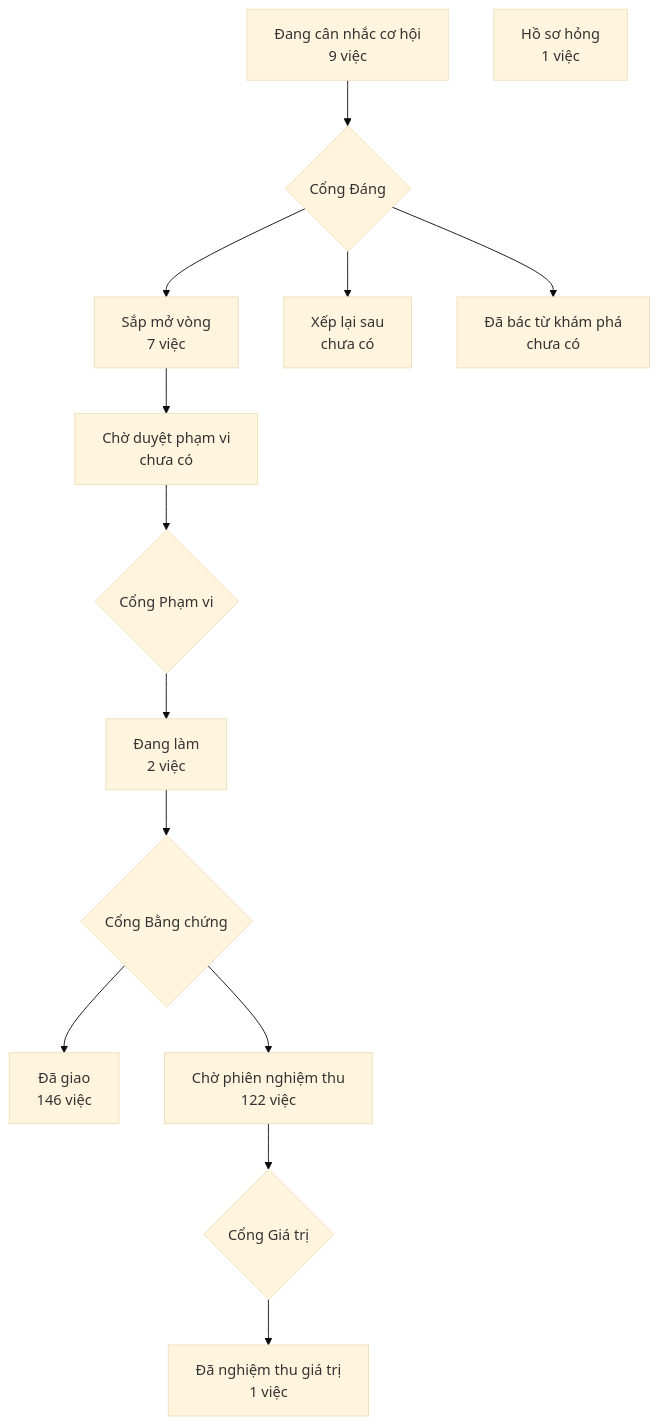
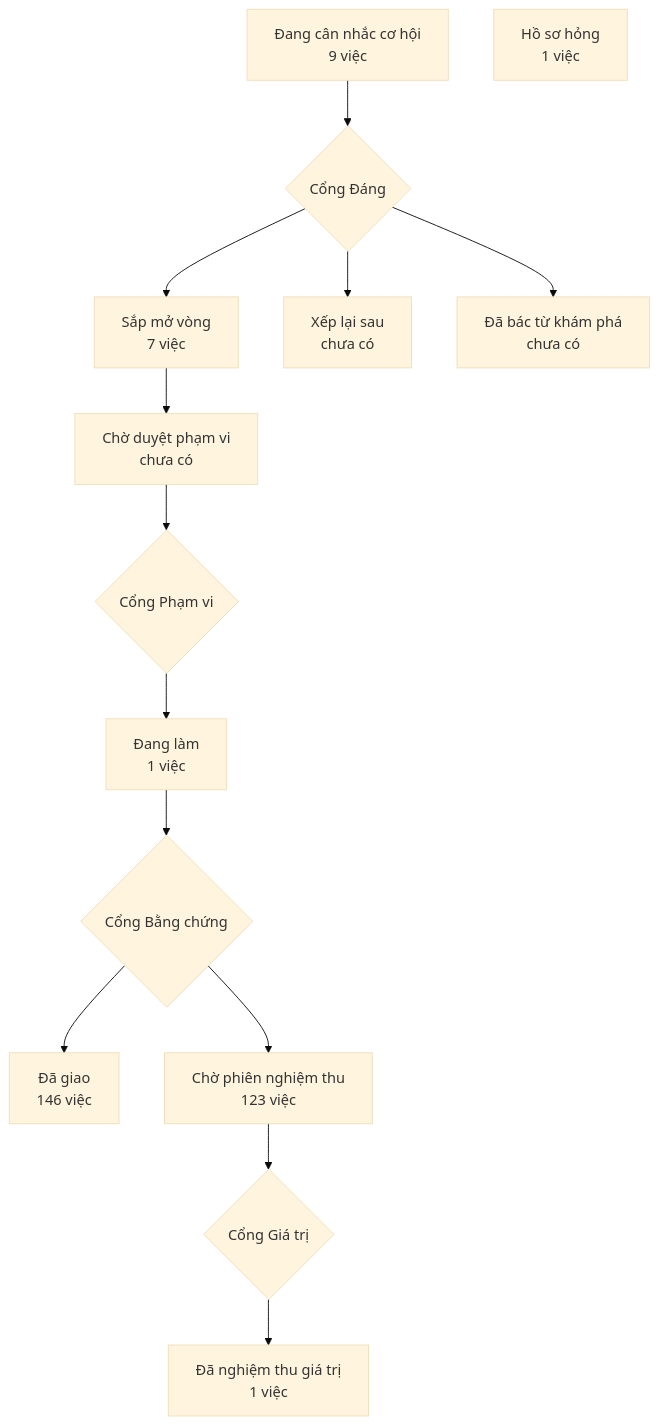
Before and after one commit to phanlemanh/crm-onehub: the diagram in PRODUCT-MAP.md, drawn with Mermaid (base theme). The commit also changed 3 other files, not shown here.

````diff
--- a/PRODUCT-MAP.md
+++ b/PRODUCT-MAP.md
@@ -7,13 +7,13 @@
 ```mermaid
 flowchart TD
   A["Đang cân nhắc cơ hội<br/>9 việc"] --> GD{"Cổng Đáng"}
   GD --> B["Sắp mở vòng<br/>7 việc"]
   GD --> XL["Xếp lại sau<br/>chưa có"]
   GD --> DB["Đã bác từ khám phá<br/>chưa có"]
   B --> CD["Chờ duyệt phạm vi<br/>chưa có"] --> GP{"Cổng Phạm vi"}
-  GP --> DL["Đang làm<br/>2 việc"] --> GB{"Cổng Bằng chứng"}
+  GP --> DL["Đang làm<br/>1 việc"] --> GB{"Cổng Bằng chứng"}
   GB --> DG["Đã giao<br/>146 việc"]
-  GB --> CN["Chờ phiên nghiệm thu<br/>122 việc"] --> GG{"Cổng Giá trị"}
+  GB --> CN["Chờ phiên nghiệm thu<br/>123 việc"] --> GG{"Cổng Giá trị"}
   GG --> NT["Đã nghiệm thu giá trị<br/>1 việc"]
   HS["Hồ sơ hỏng<br/>1 việc"]
 ```
````
